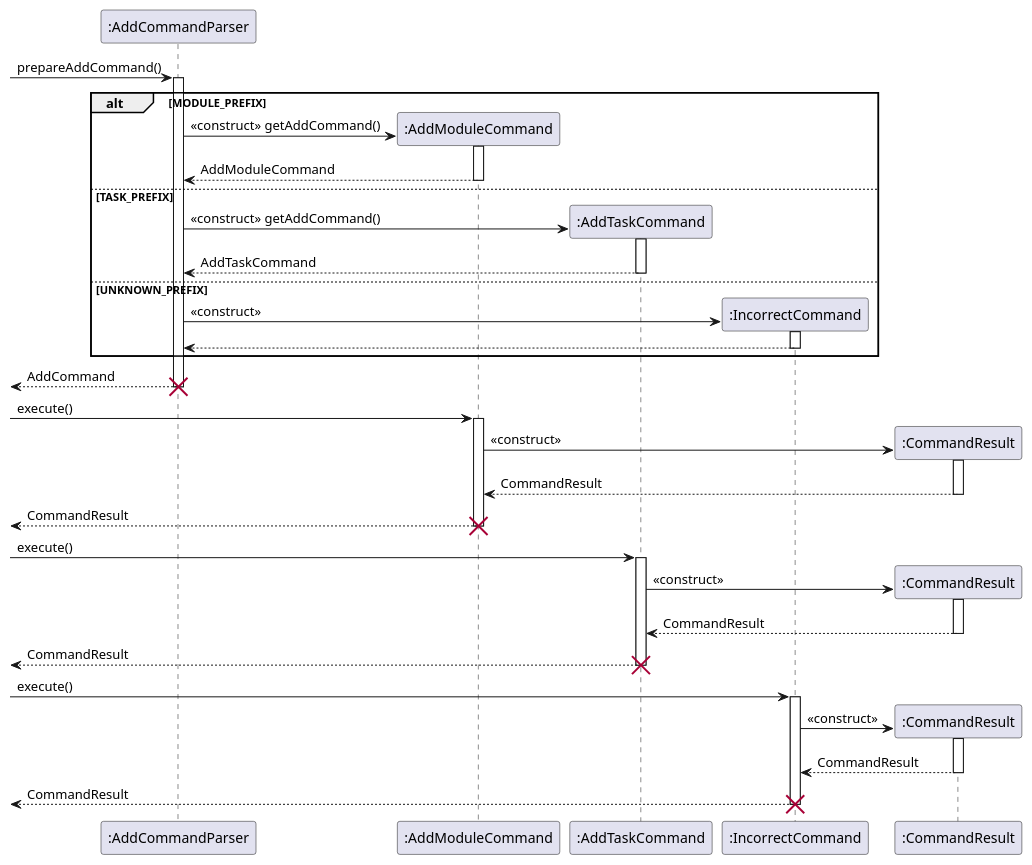
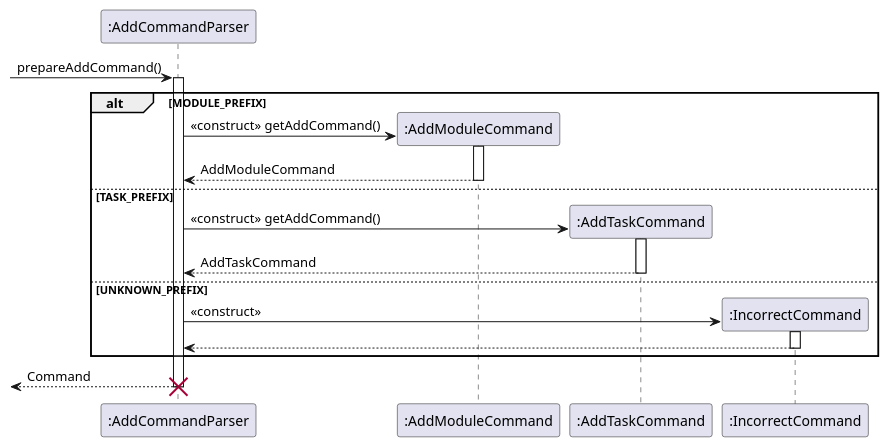
One commit to wangqinNick/tp changed the diagram in docs/diagrams/UML/AddCommandSequenceDiagram.puml. Above: the diagram before and after it, drawn with PlantUML. The commit also changed 5 other files, not shown here.

Commit message:
Fix and split AddCommandSequence diagram

```diff
--- a/docs/diagrams/UML/AddCommandSequenceDiagram.puml
+++ b/docs/diagrams/UML/AddCommandSequenceDiagram.puml
@@ -1,59 +1,25 @@
 @startuml
 -> ":AddCommandParser": prepareAddCommand()
 activate ":AddCommandParser"
 alt MODULE_PREFIX
     create ":AddModuleCommand"
     ":AddCommandParser" -> ":AddModuleCommand": <<construct>> getAddCommand()
     activate ":AddModuleCommand"
     ":AddCommandParser" <-- ":AddModuleCommand": AddModuleCommand
     deactivate ":AddModuleCommand"
 else TASK_PREFIX
     create ":AddTaskCommand"
     ":AddCommandParser" -> ":AddTaskCommand": <<construct>> getAddCommand()
     activate ":AddTaskCommand"
     ":AddCommandParser" <-- ":AddTaskCommand": AddTaskCommand
     deactivate ":AddTaskCommand"
 else UNKNOWN_PREFIX
     create ":IncorrectCommand"
     ":AddCommandParser" -> ":IncorrectCommand": <<construct>>
     activate ":IncorrectCommand"
     ":AddCommandParser" <-- ":IncorrectCommand"
     deactivate ":IncorrectCommand"
 end
-<-- ":AddCommandParser": AddCommand
+<-- ":AddCommandParser": Command
 destroy ":AddCommandParser"
-
--> ":AddModuleCommand": execute()
-activate ":AddModuleCommand"
-create ":CommandResult"
-":AddModuleCommand" -> ":CommandResult": <<construct>>
-activate ":CommandResult"
-":AddModuleCommand" <-- ":CommandResult": CommandResult
-deactivate ":CommandResult"
-<-- ":AddModuleCommand": CommandResult
-deactivate ":AddModuleCommand"
-destroy ":AddModuleCommand"
-
--> ":AddTaskCommand": execute()
-activate ":AddTaskCommand"
-create ":CommandResult"
-":AddTaskCommand" -> ":CommandResult": <<construct>>
-activate ":CommandResult"
-":AddTaskCommand" <-- ":CommandResult": CommandResult
-deactivate ":CommandResult"
-<-- ":AddTaskCommand": CommandResult
-deactivate ":AddTaskCommand"
-destroy ":AddTaskCommand"
-
--> ":IncorrectCommand": execute()
-activate ":IncorrectCommand"
-create ":CommandResult"
-":IncorrectCommand" -> ":CommandResult": <<construct>>
-activate ":CommandResult"
-":IncorrectCommand" <-- ":CommandResult": CommandResult
-deactivate ":CommandResult"
-<-- ":IncorrectCommand": CommandResult
-deactivate ":IncorrectCommand"
-destroy ":IncorrectCommand"
-
 @enduml
```
